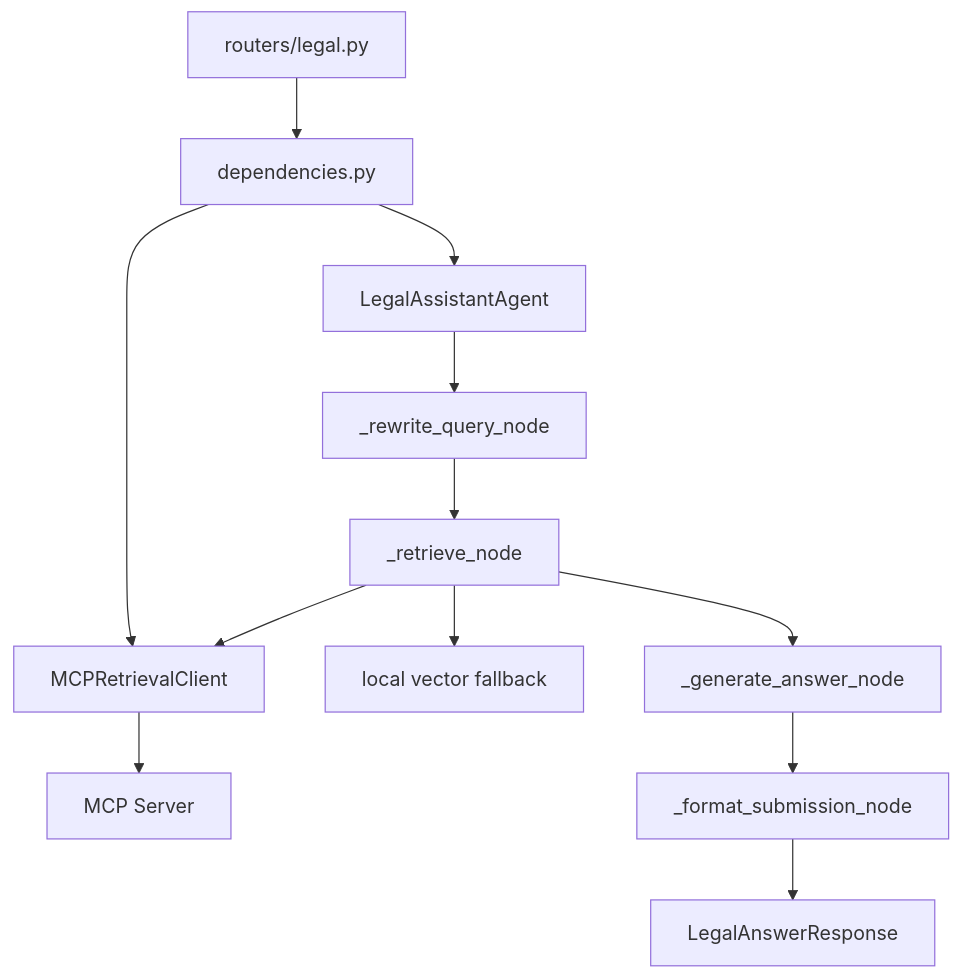
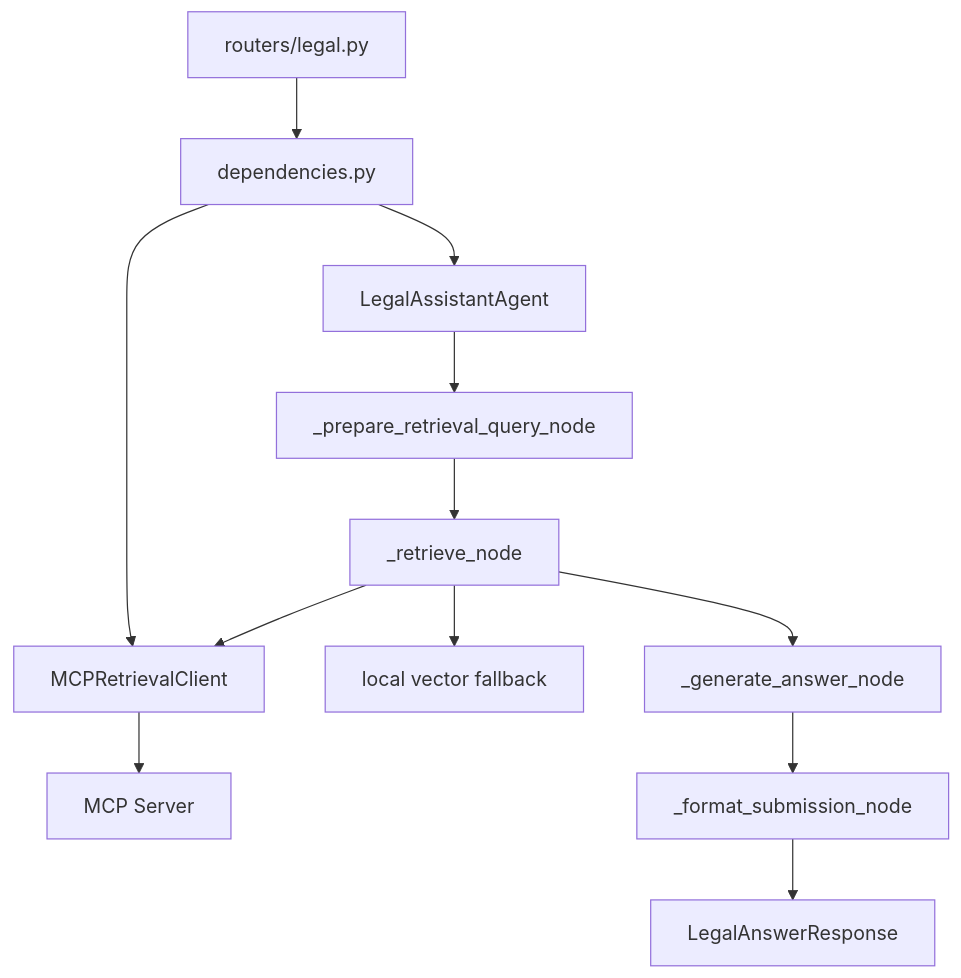
The fourth of 4 diagrams in backend/docs/REPORT.md (lmhtung/legal-assistant-agent), drawn with Mermaid before and after one commit. The commit also changed other lines of this file and 51 other files, not shown here.

````diff
--- a/backend/docs/REPORT.md
+++ b/backend/docs/REPORT.md
@@ -385,14 +383,14 @@
 ```mermaid
 flowchart TD
     API[routers/legal.py] --> Dep[dependencies.py]
     Dep --> Agent[LegalAssistantAgent]
     Dep --> MCPClient[MCPRetrievalClient]
-    Agent --> Rewrite[_rewrite_query_node]
+    Agent --> Rewrite[_prepare_retrieval_query_node]
     Rewrite --> Retrieve[_retrieve_node]
     Retrieve --> MCPClient
     MCPClient --> MCP[MCP Server]
     Retrieve --> Local[local vector fallback]
     Retrieve --> Generate[_generate_answer_node]
     Generate --> Format[_format_submission_node]
     Format --> Response[LegalAnswerResponse]
 ```
````
